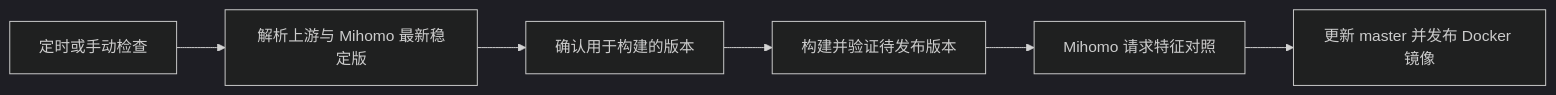
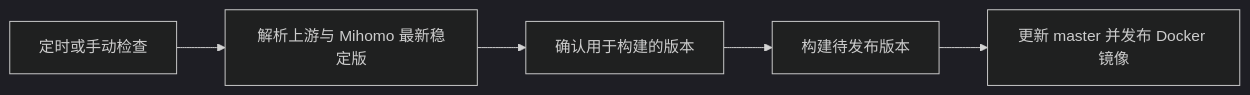
One commit to Aethersailor/subconverter changed the first of 2 diagrams in README.md. Above: the diagram before and after it, drawn with Mermaid (dark theme). The commit also changed other lines of this file and 35 other files, not shown here.

````diff
--- a/README.md
+++ b/README.md
@@ -143,8 +143,7 @@
 ```mermaid
 flowchart LR
     A["定时或手动检查"] --> B["解析上游与 Mihomo 最新稳定版"]
     B --> C["确认用于构建的版本"]
-    C --> D["构建并验证待发布版本"]
-    D --> E["Mihomo 请求特征对照"]
-    E --> F["更新 master 并发布 Docker 镜像"]
+    C --> D["构建待发布版本"]
+    D --> F["更新 master 并发布 Docker 镜像"]
 ```
````
